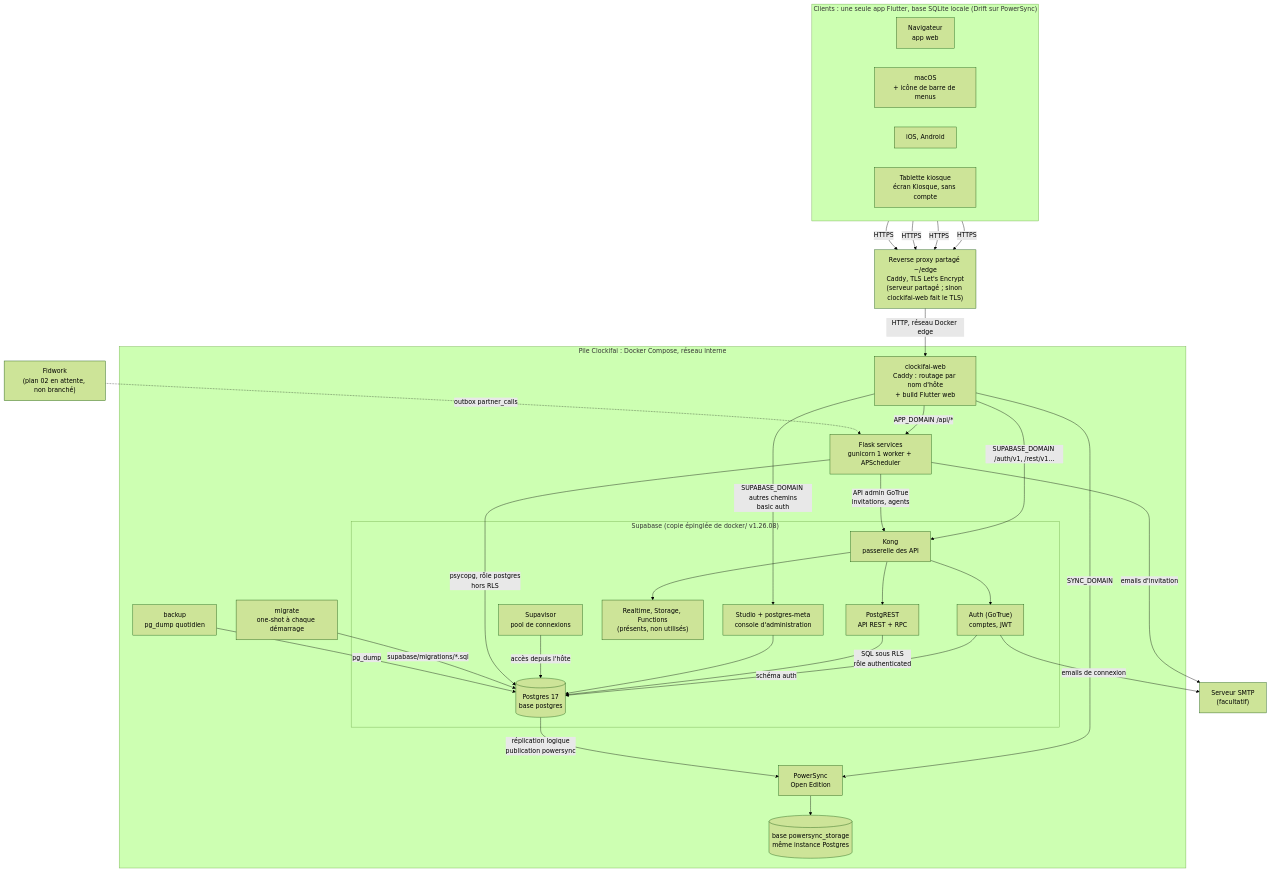
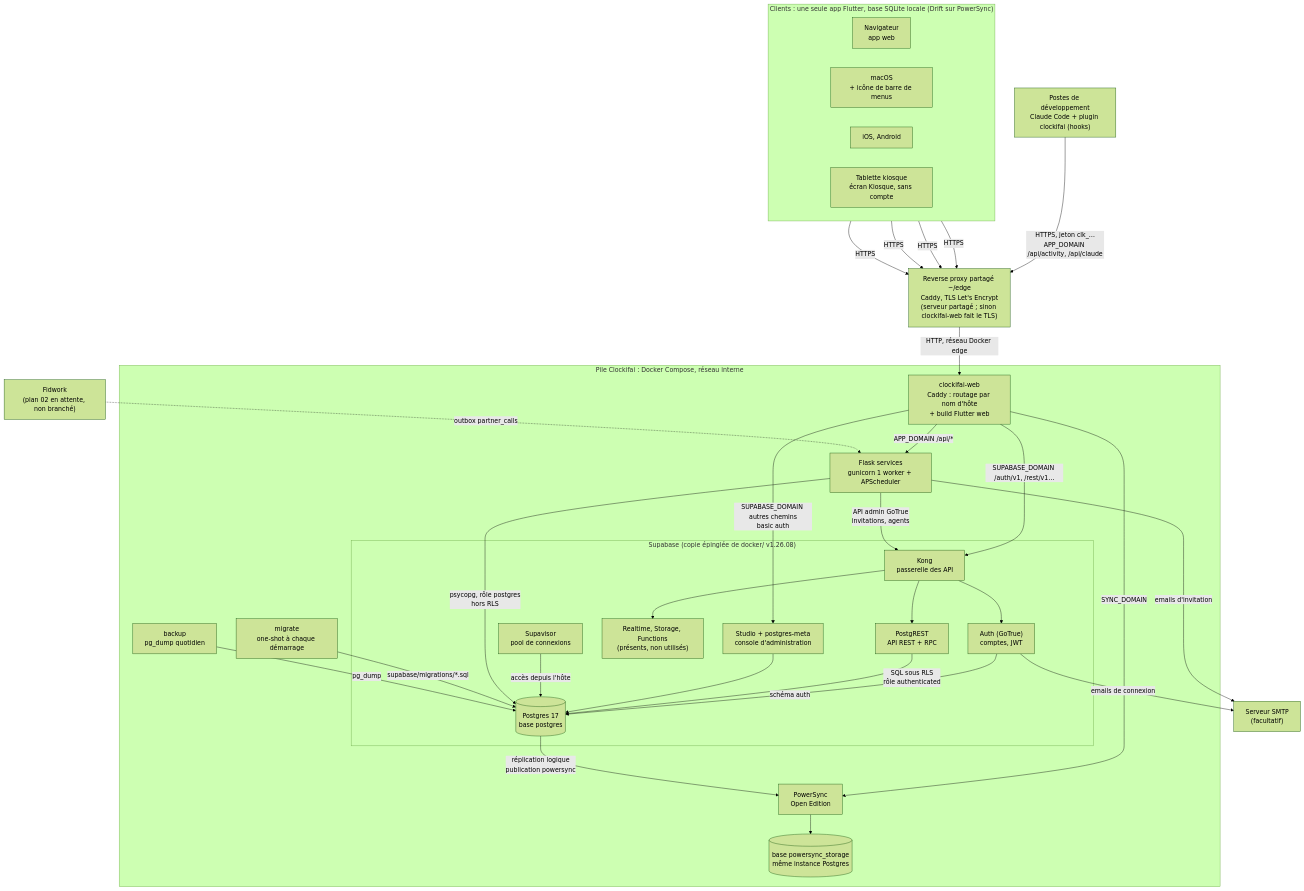
The first of 2 diagrams in docs/architecture/composants.md (ysimonx/Clockifai), drawn with Mermaid (forest theme) before and after one commit. The commit also changed other lines of this file and 19 other files, not shown here.

First line of the commit message:
Plan 10, lot 1, étape 4 : plugin Claude Code et marketplace de l'instance

````diff
--- a/docs/architecture/composants.md
+++ b/docs/architecture/composants.md
@@ -8,56 +8,59 @@
 ```mermaid
 flowchart TB
   subgraph clients["Clients : une seule app Flutter, base SQLite locale (Drift sur PowerSync)"]
     direction LR
     web["Navigateur<br/>app web"]
     mac["macOS<br/>+ icône de barre de menus"]
     mob["iOS, Android"]
     kio["Tablette kiosque<br/>écran Kiosque, sans compte"]
   end
+
+  cc["Postes de développement<br/>Claude Code + plugin clockifai (hooks)"]
 
   edge["Reverse proxy partagé ~/edge<br/>Caddy, TLS Let's Encrypt<br/>(serveur partagé ; sinon clockifai-web fait le TLS)"]
 
   subgraph pile["Pile Clockifai : Docker Compose, réseau interne"]
     caddy["clockifai-web<br/>Caddy : routage par nom d'hôte<br/>+ build Flutter web"]
     subgraph supa["Supabase (copie épinglée de docker/ v1.26.08)"]
       kong["Kong<br/>passerelle des API"]
       auth["Auth (GoTrue)<br/>comptes, JWT"]
       rest["PostgREST<br/>API REST + RPC"]
       unused["Realtime, Storage, Functions<br/>(présents, non utilisés)"]
       studio["Studio + postgres-meta<br/>console d'administration"]
       db[("Postgres 17<br/>base postgres")]
       pooler["Supavisor<br/>pool de connexions"]
     end
     ps["PowerSync<br/>Open Edition"]
     psdb[("base powersync_storage<br/>même instance Postgres")]
     flask["Flask services<br/>gunicorn 1 worker + APScheduler"]
     migrate["migrate<br/>one-shot à chaque démarrage"]
     backup["backup<br/>pg_dump quotidien"]
   end
 
   smtp["Serveur SMTP<br/>(facultatif)"]
   fidwork["Fidwork<br/>(plan 02 en attente, non branché)"]
 
   web & mac & mob & kio -->|"HTTPS"| edge
+  cc -->|"HTTPS, jeton clk_…<br/>APP_DOMAIN /api/activity, /api/claude"| edge
   edge -->|"HTTP, réseau Docker edge"| caddy
   caddy -->|"APP_DOMAIN /api/*"| flask
   caddy -->|"SUPABASE_DOMAIN /auth/v1, /rest/v1…"| kong
   caddy -->|"SUPABASE_DOMAIN autres chemins<br/>basic auth"| studio
   caddy -->|"SYNC_DOMAIN"| ps
   kong --> auth
   kong --> rest
   kong --> unused
   auth -->|"schéma auth"| db
   rest -->|"SQL sous RLS<br/>rôle authenticated"| db
   studio --> db
   pooler -->|"accès depuis l'hôte"| db
   db -->|"réplication logique<br/>publication powersync"| ps
   ps --> psdb
   flask -->|"psycopg, rôle postgres<br/>hors RLS"| db
   flask -->|"API admin GoTrue<br/>invitations, agents"| kong
   flask -->|"emails d'invitation"| smtp
   auth -->|"emails de connexion"| smtp
   migrate -->|"supabase/migrations/*.sql"| db
   backup -->|"pg_dump"| db
   fidwork -.->|"outbox partner_calls"| flask
 ```
````
